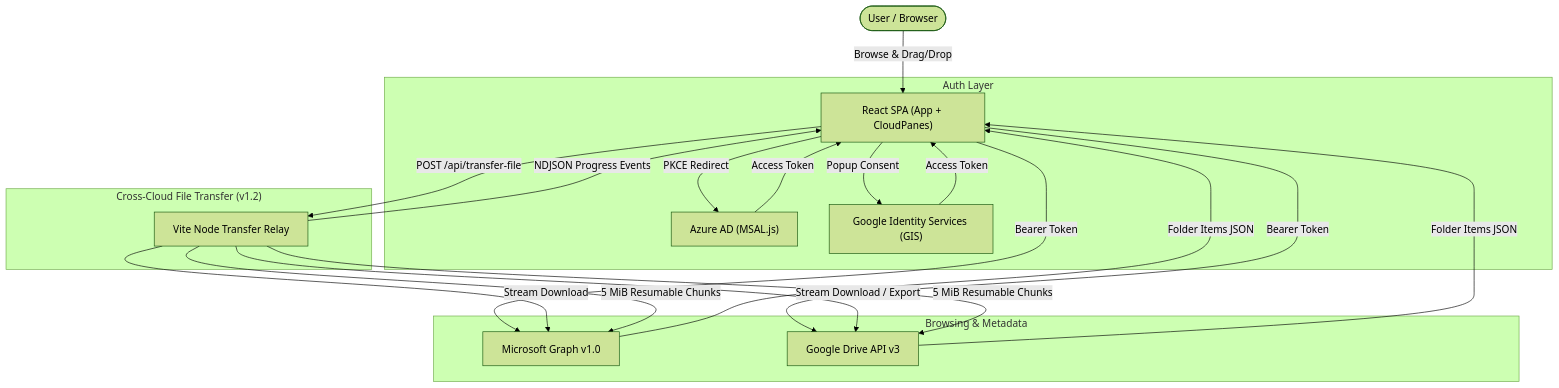
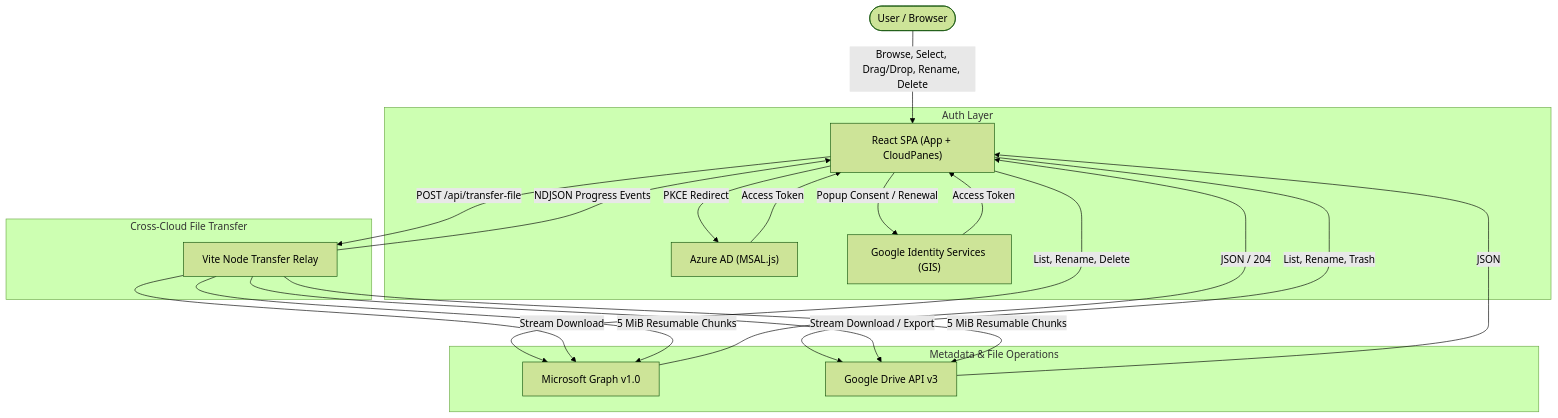
Before and after one commit to Evanlaer/onedrive-explorer: the diagram in docs/ARCHITECTURE.md, drawn with Mermaid (forest theme). The commit also changed other lines of this file and 20 other files, not shown here.

Commit message:
feat: add multi-select batch drag-and-drop, delete, rename, and Google token expiry recovery (v1.3)

````diff
--- a/docs/ARCHITECTURE.md
+++ b/docs/ARCHITECTURE.md
@@ -11,27 +11,27 @@
 ```mermaid
 flowchart TD
-    U(["User / Browser"]) -->|Browse & Drag/Drop| A["React SPA (App + CloudPanes)"]
+    U(["User / Browser"]) -->|Browse, Select, Drag/Drop, Rename, Delete| A["React SPA (App + CloudPanes)"]
 
     subgraph "Auth Layer"
       A -->|PKCE Redirect| B["Azure AD (MSAL.js)"]
-      A -->|Popup Consent| G["Google Identity Services (GIS)"]
+      A -->|Popup Consent / Renewal| G["Google Identity Services (GIS)"]
       B -->|Access Token| A
       G -->|Access Token| A
     end
 
-    subgraph "Browsing & Metadata"
-      A -->|Bearer Token| C["Microsoft Graph v1.0"]
-      A -->|Bearer Token| D["Google Drive API v3"]
-      C -->|Folder Items JSON| A
-      D -->|Folder Items JSON| A
+    subgraph "Metadata & File Operations"
+      A -->|List, Rename, Delete| C["Microsoft Graph v1.0"]
+      A -->|List, Rename, Trash| D["Google Drive API v3"]
+      C -->|JSON / 204| A
+      D -->|JSON| A
     end
 
-    subgraph "Cross-Cloud File Transfer (v1.2)"
+    subgraph "Cross-Cloud File Transfer"
       A -->|POST /api/transfer-file| R["Vite Node Transfer Relay"]
       R -->|Stream Download| C
       R -->|Stream Download / Export| D
       R -->|5 MiB Resumable Chunks| C
       R -->|5 MiB Resumable Chunks| D
       R -->|NDJSON Progress Events| A
     end
 ```
````
